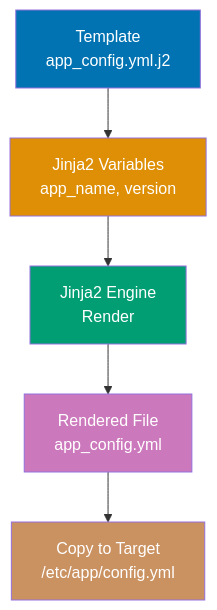
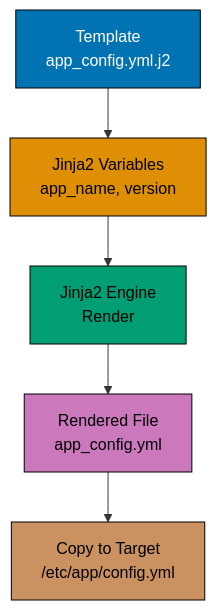
Before and after one commit to wahidyankf/ose-public: the sixth of 11 diagrams in apps/ayokoding-www/content/en/learn/legacy/software-engineering/infrastructure/tools/ansible/by-example/intermediate.md, drawn with Mermaid. The commit also changed other lines of this file and 131 other files, not shown here.

First line of the commit message:
fix(mermaid): bring the legacy data, infrastructure, and testing diagrams onto the accessible palette

````diff
--- a/apps/ayokoding-www/content/en/learn/legacy/software-engineering/infrastructure/tools/ansible/by-example/intermediate.md
+++ b/apps/ayokoding-www/content/en/learn/legacy/software-engineering/infrastructure/tools/ansible/by-example/intermediate.md
@@ -1537,14 +1571,22 @@
 ```mermaid
 %% Color Palette: Blue #0173B2, Orange #DE8F05, Teal #029E73, Purple #CC78BC, Brown #CA9161
 graph TD
+ accTitle: Example 38: Jinja2 Template Basics
+ accDescr: Graph with 5 nodes and 4 connections. Nodes: Template app_config.yml.j2, Jinja2 Variables app_name, version, Jinja2 Engine Render, Rendered File app_config.yml, Copy to Target /etc/app/config.yml. Connections: Template app_config.yml.j2 to Jinja2 Variables app_name, version, Jinja2 Variables app_name, version to Jinja2 Engine Render, Jinja2 Engine Render to Rendered File app_config.yml, Rendered File app_config.yml to Copy to Target /etc/app/config.yml.
  A["Template<br/>app_config.yml.j2"] --> B["Jinja2 Variables<br/>app_name, version"]
  B --> C["Jinja2 Engine<br/>Render"]
  C --> D["Rendered File<br/>app_config.yml"]
  D --> E["Copy to Target<br/>/etc/app/config.yml"]
 
- style A fill:#0173B2,color:#fff
- style B fill:#DE8F05,color:#fff
- style C fill:#029E73,color:#fff
- style D fill:#CC78BC,color:#fff
- style E fill:#CA9161,color:#fff
+ classDef pal-0173B2 fill:#0173B2,stroke:#000000,color:#FFFFFF
+ class A pal-0173B2
+ classDef pal-DE8F05 fill:#DE8F05,stroke:#000000,color:#000000
+ class B pal-DE8F05
+ classDef pal-029E73 fill:#029E73,stroke:#000000,color:#000000
+ class C pal-029E73
+ classDef pal-CC78BC fill:#CC78BC,stroke:#000000,color:#000000
+ class D pal-CC78BC
+ classDef pal-CA9161 fill:#CA9161,stroke:#000000,color:#000000
+ class E pal-CA9161
+ classDef default fill:#FFFFFF,stroke:#000000,color:#000000
 ```
````
